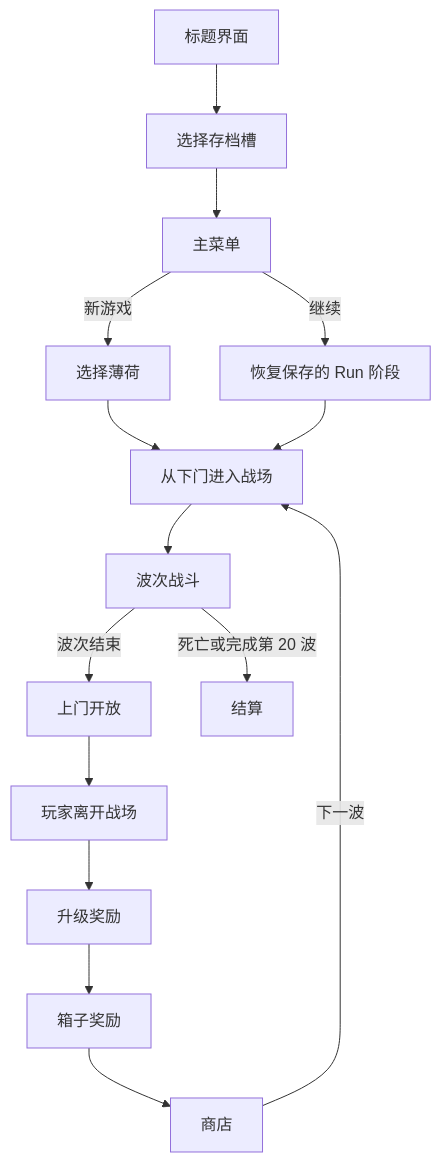
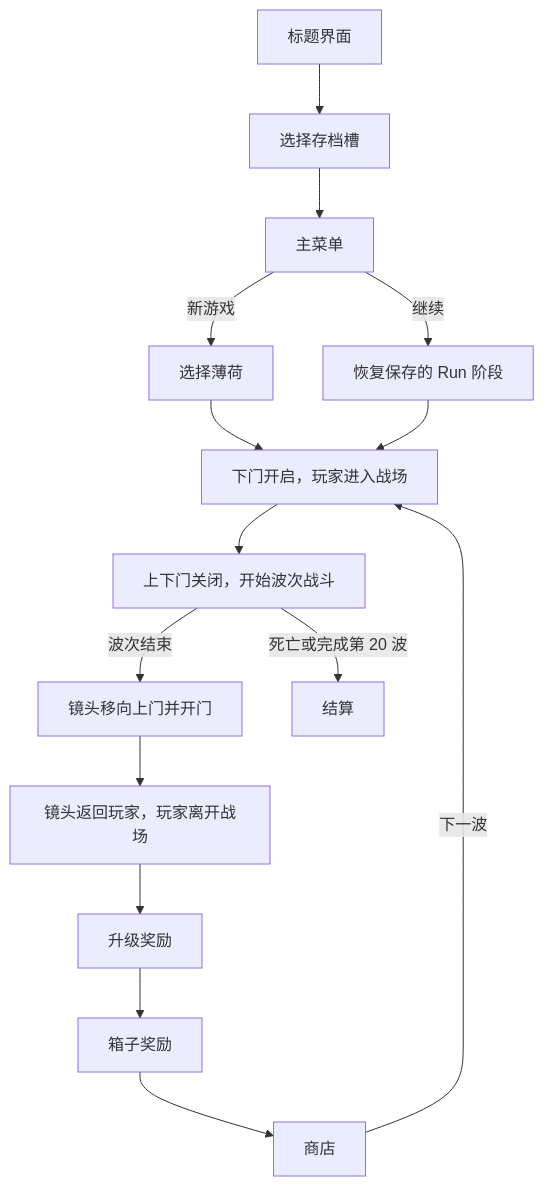
Before and after one commit to Kaslana-423/Potato: the diagram in README.md, drawn with Mermaid. The commit also changed other lines of this file and 11 other files, not shown here.

````diff
--- a/README.md
+++ b/README.md
@@ -31,17 +31,17 @@
 ```mermaid
 flowchart TD
     A[标题界面] --> B[选择存档槽]
     B --> C[主菜单]
     C -->|新游戏| D[选择薄荷]
     C -->|继续| E[恢复保存的 Run 阶段]
-    D --> F[从下门进入战场]
+    D --> F[下门开启，玩家进入战场]
     E --> F
-    F --> G[波次战斗]
-    G -->|波次结束| H[上门开放]
-    H --> I[玩家离开战场]
+    F --> G[上下门关闭，开始波次战斗]
+    G -->|波次结束| H[镜头移向上门并开门]
+    H --> I[镜头返回玩家，玩家离开战场]
     I --> J[升级奖励]
     J --> K[箱子奖励]
     K --> L[商店]
     L -->|下一波| F
     G -->|死亡或完成第 20 波| M[结算]
 ```
````
